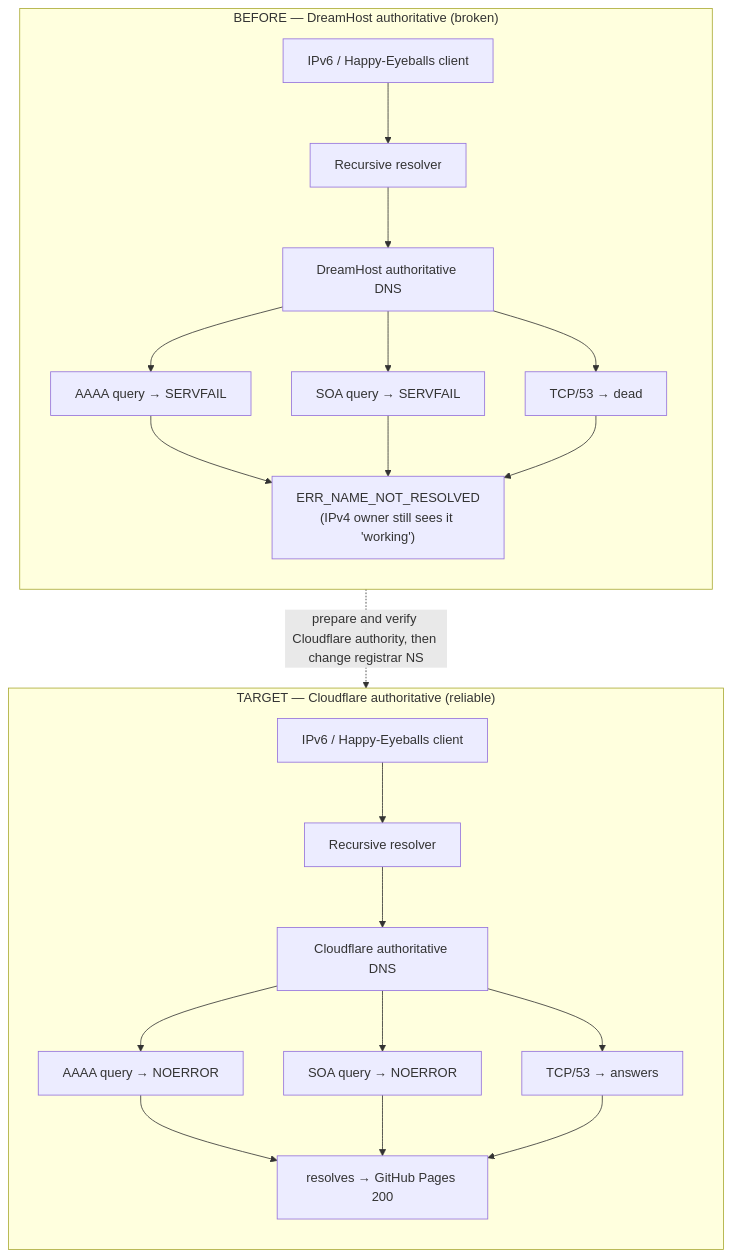
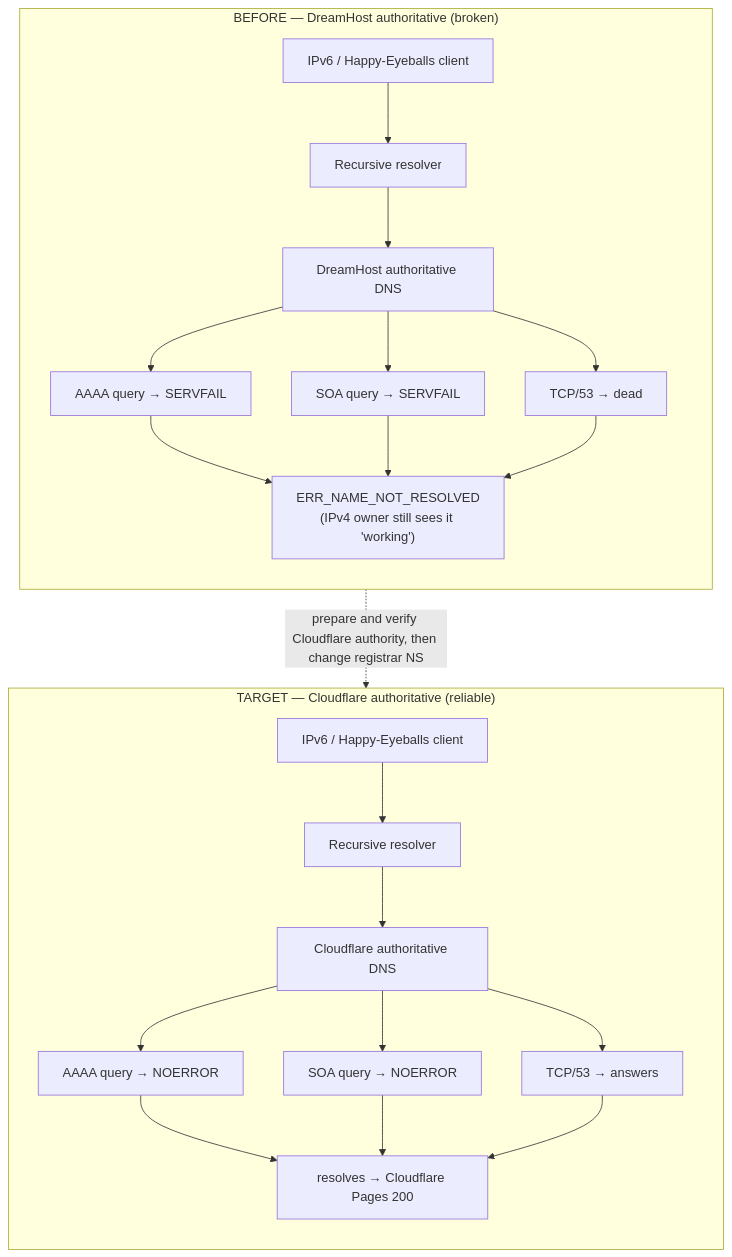
One commit to Jesssullivan/jesssullivan.github.io changed the third of 5 diagrams in docs/dns-architecture.md. Above: the diagram before and after it, drawn with Mermaid. The commit also changed other lines of this file and 52 other files, not shown here.

````diff
--- a/docs/dns-architecture.md
+++ b/docs/dns-architecture.md
@@ -110,40 +110,40 @@
 ```mermaid
 flowchart TB
     subgraph Before["BEFORE — DreamHost authoritative (broken)"]
         direction TB
         b_c["IPv6 / Happy-Eyeballs client"]
         b_r["Recursive resolver"]
         b_dh["DreamHost authoritative DNS"]
         b_aaaa["AAAA query → SERVFAIL"]
         b_soa["SOA query → SERVFAIL"]
         b_tcp["TCP/53 → dead"]
         b_out["ERR_NAME_NOT_RESOLVED<br/>(IPv4 owner still sees it 'working')"]
         b_c --> b_r --> b_dh
         b_dh --> b_aaaa
         b_dh --> b_soa
         b_dh --> b_tcp
         b_aaaa --> b_out
         b_soa --> b_out
         b_tcp --> b_out
     end
 
     subgraph After["TARGET — Cloudflare authoritative (reliable)"]
         direction TB
         a_c["IPv6 / Happy-Eyeballs client"]
         a_r["Recursive resolver"]
         a_cf["Cloudflare authoritative DNS"]
         a_aaaa["AAAA query → NOERROR"]
         a_soa["SOA query → NOERROR"]
         a_tcp["TCP/53 → answers"]
-        a_out["resolves → GitHub Pages 200"]
+        a_out["resolves → Cloudflare Pages 200"]
         a_c --> a_r --> a_cf
         a_cf --> a_aaaa
         a_cf --> a_soa
         a_cf --> a_tcp
         a_aaaa --> a_out
         a_soa --> a_out
         a_tcp --> a_out
     end
 
     Before -. "prepare and verify Cloudflare authority, then change registrar NS" .-> After
 ```
````
